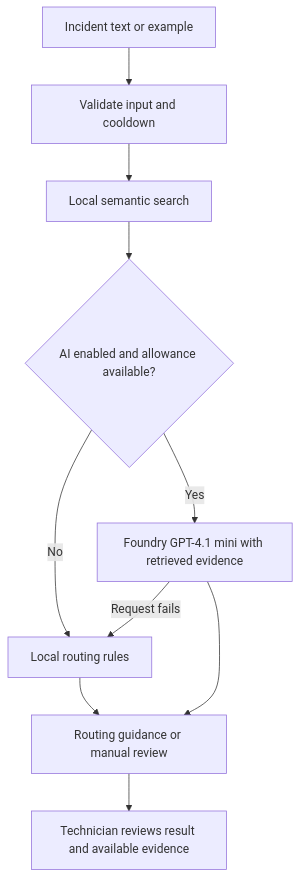
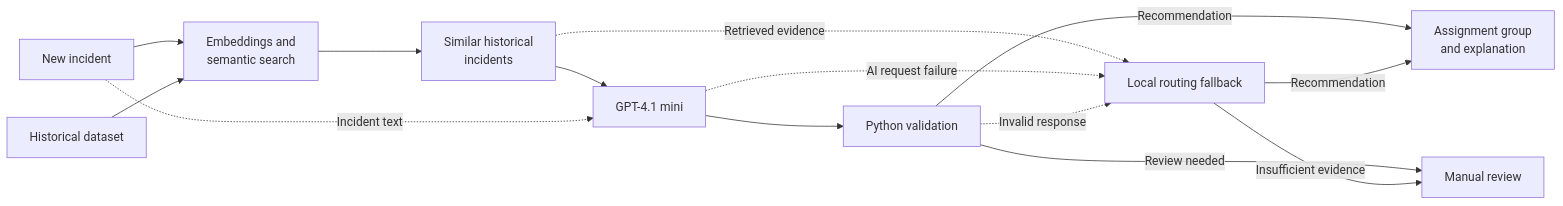
One commit to fredbouk/ticketroute changed the first of 2 diagrams in README.md. Above: the diagram before and after it, drawn with Mermaid. The commit also changed other lines of this file and 1 other file, not shown here.

````diff
--- a/README.md
+++ b/README.md
@@ -43,12 +44,16 @@
 ```mermaid
-flowchart TD
-    A[Incident text or example] --> B[Validate input and cooldown]
-    B --> C[Local semantic search]
-    C --> D{AI enabled and allowance available?}
-    D -->|No| E[Local routing rules]
-    D -->|Yes| F[Foundry GPT-4.1 mini with retrieved evidence]
-    F -->|Request fails| E
-    E --> G[Routing guidance or manual review]
-    F --> G
-    G --> H[Technician reviews result and available evidence]
+flowchart LR
+    N[New incident] --> S["Embeddings and<br/>semantic search"]
+    H[Historical dataset] --> S
+    S --> E["Similar historical<br/>incidents"]
+    E --> G[GPT-4.1 mini]
+    N -.->|Incident text| G
+    G --> V[Python validation]
+    V -->|Recommendation| R["Assignment group<br/>and explanation"]
+    E -.->|Retrieved evidence| L[Local routing fallback]
+    G -.->|AI request failure| L
+    V -.->|Invalid response| L
+    V -->|Review needed| M[Manual review]
+    L -->|Recommendation| R
+    L -->|Insufficient evidence| M
 ```
````
